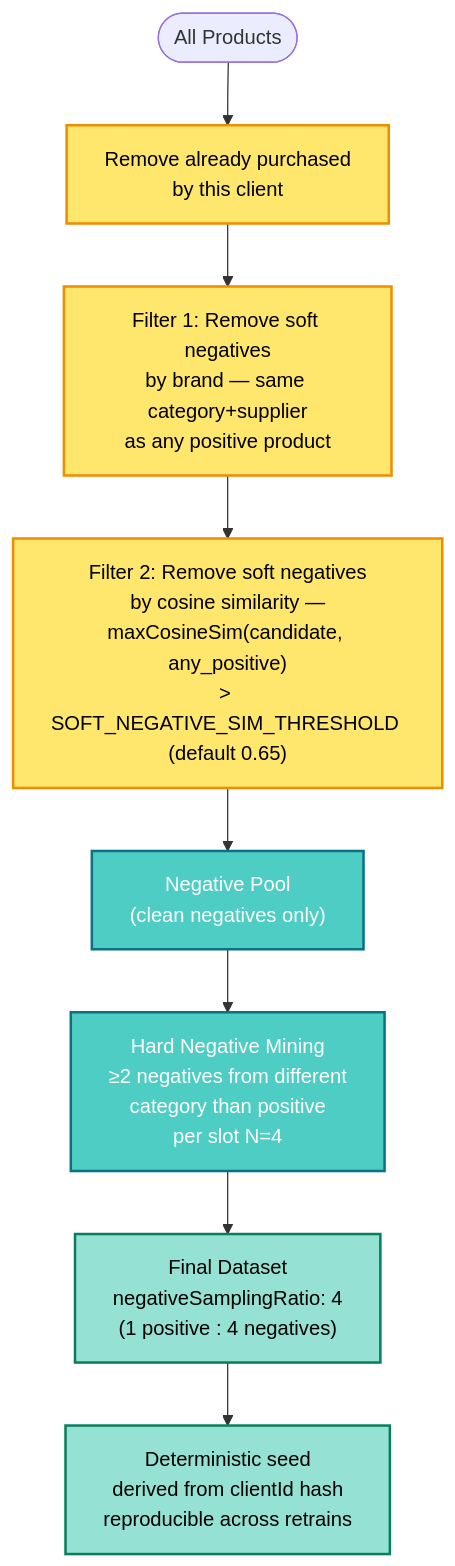
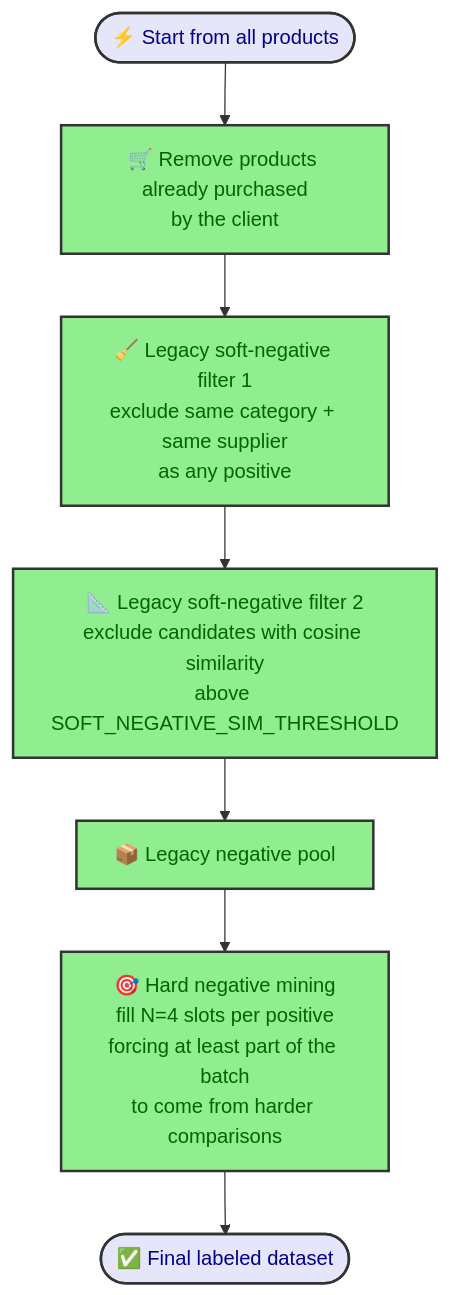
One commit to gabrielgrillorosa/smart-marketplace-recommender changed the fourth of 19 diagrams in README.md. Above: the diagram before and after it, drawn with Mermaid. The commit also changed other lines of this file and 56 other files, not shown here.

First line of the commit message:
feat: harden api-service recommendation facade and relational flows

````diff
--- a/README.md
+++ b/README.md
@@ -362,18 +391,16 @@
 ```mermaid
 flowchart TD
-    START([All Products]) --> FILTER1["Remove already purchased\nby this client"]
-    FILTER1 --> FILTER2["Filter 1: Remove soft negatives\nby brand — same category+supplier\nas any positive product"]
-    FILTER2 --> FILTER3["Filter 2: Remove soft negatives\nby cosine similarity —\nmaxCosineSim(candidate, any_positive)\n> SOFT_NEGATIVE_SIM_THRESHOLD (default 0.65)"]
-    FILTER3 --> POOL["Negative Pool\n(clean negatives only)"]
-    POOL --> MINE["Hard Negative Mining\n≥2 negatives from different\ncategory than positive\nper slot N=4"]
-    MINE --> SAMPLE["Final Dataset\nnegativeSamplingRatio: 4\n(1 positive : 4 negatives)"]
-    SAMPLE --> SEED["Deterministic seed\nderived from clientId hash\nreproducible across retrains"]
+    START([⚡ Start from all products]) --> P1["🛒 Remove products already purchased<br/>by the client"]
+    P1 --> P2["🧹 Legacy soft-negative filter 1<br/>exclude same category + same supplier<br/>as any positive"]
+    P2 --> P3["📐 Legacy soft-negative filter 2<br/>exclude candidates with cosine similarity<br/>above SOFT_NEGATIVE_SIM_THRESHOLD"]
+    P3 --> POOL["📦 Legacy negative pool"]
+    POOL --> P4["🎯 Hard negative mining<br/>fill N=4 slots per positive<br/>forcing at least part of the batch<br/>to come from harder comparisons"]
+    P4 --> OUT([✅ Final labeled dataset])
 
-    classDef filter fill:#FFE66D,stroke:#F08C00,color:#000,stroke-width:2px
-    classDef pool fill:#4ECDC4,stroke:#0B7285,color:#fff,stroke-width:2px
-    classDef output fill:#95E1D3,stroke:#087F5B,color:#000,stroke-width:2px
+    classDef startEnd fill:#E6E6FA,stroke:#333,stroke-width:2px,color:darkblue
+    classDef process fill:#90EE90,stroke:#333,stroke-width:2px,color:darkgreen
+    classDef decision fill:#FFD700,stroke:#333,stroke-width:2px,color:black
 
-    class FILTER1,FILTER2,FILTER3 filter
-    class POOL,MINE pool
-    class SAMPLE,SEED output
+    class START,OUT startEnd
+    class P1,P2,P3,POOL,P4 process
 ```
````
